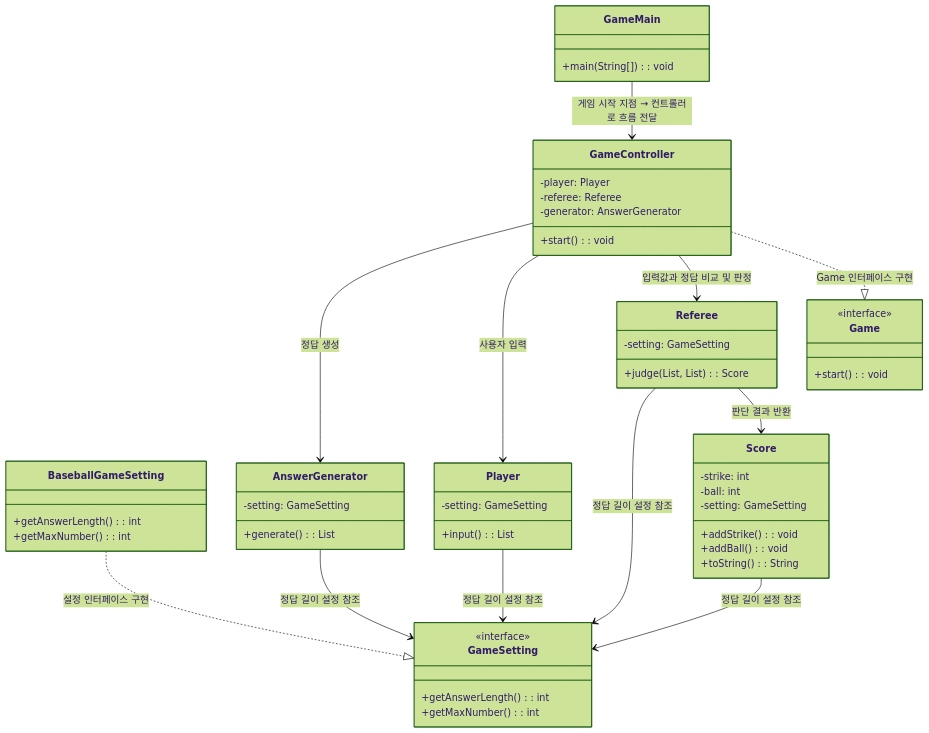
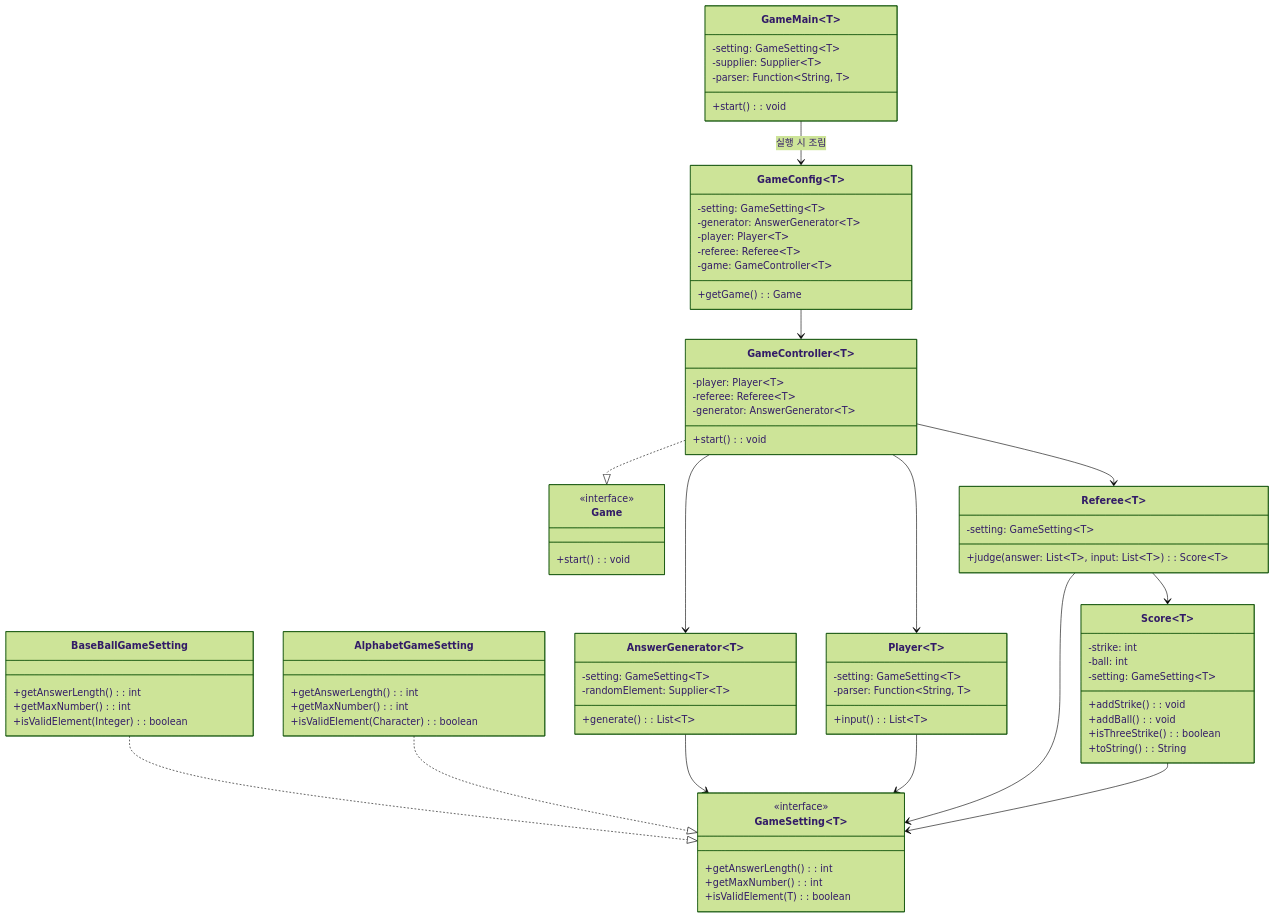
The first of 2 diagrams in README.md (9osari/number_baseball_game), drawn with Mermaid (forest theme) before and after one commit. The commit also changed other lines of this file and 15 other files, not shown here.

````diff
--- a/README.md
+++ b/README.md
@@ -277,50 +271,12 @@
     ```mermaid
     classDiagram
     
-    class GameMain {
-      +main(String[]): void
-    }
-    
-    class GameController {
-      -player: Player
-      -referee: Referee
-      -generator: AnswerGenerator
-      +start(): void
-    }
-    
-    class GameSetting {
+    %% 인터페이스
+    class GameSetting~T~ {
       <<interface>>
       +getAnswerLength(): int
       +getMaxNumber(): int
-    }
-    
-    class BaseballGameSetting {
-      +getAnswerLength(): int
-      +getMaxNumber(): int
-    }
-    
-    class Player {
-      -setting: GameSetting
-      +input(): List<Integer>
-    }
-    
-    class AnswerGenerator {
-      -setting: GameSetting
-      +generate(): List<Integer>
-    }
-    
-    class Referee {
-      -setting: GameSetting
-      +judge(List<Integer>, List<Integer>): Score
-    }
-    
-    class Score {
-      -strike: int
-      -ball: int
-      -setting: GameSetting
-      +addStrike(): void
-      +addBall(): void
-      +toString(): String
+      +isValidElement(T): boolean
     }
     
     class Game {
@@ -328,17 +284,86 @@
       +start(): void
     }
     
-    GameMain --> GameController : 게임 시작 지점 → 컨트롤러로 흐름 전달
-    GameController --> AnswerGenerator : 정답 생성
-    GameController --> Player : 사용자 입력
-    GameController --> Referee : 입력값과 정답 비교 및 판정
-    GameController ..|> Game : Game 인터페이스 구현
+    %% 구현체
+    class BaseBallGameSetting {
+      +getAnswerLength(): int
+      +getMaxNumber(): int
+      +isValidElement(Integer): boolean
+    }
     
-    BaseballGameSetting ..|> GameSetting : 설정 인터페이스 구현
-    Player --> GameSetting : 정답 길이 설정 참조
-    Referee --> GameSetting : 정답 길이 설정 참조
-    AnswerGenerator --> GameSetting : 정답 길이 설정 참조
-    Score --> GameSetting : 정답 길이 설정 참조
-    Referee --> Score : 판단 결과 반환
+    class AlphabetGameSetting {
+      +getAnswerLength(): int
+      +getMaxNumber(): int
+      +isValidElement(Character): boolean
+    }
+    
+    %% 도메인 로직
+    class AnswerGenerator~T~ {
+      -setting: GameSetting~T~
+      -randomElement: Supplier~T~
+      +generate(): List~T~
+    }
+    
+    class Player~T~ {
+      -setting: GameSetting~T~
+      -parser: Function~String, T~
+      +input(): List~T~
+    }
+    
+    class Referee~T~ {
+      -setting: GameSetting~T~
+      +judge(answer: List~T~, input: List~T~): Score~T~
+    }
+    
+    class Score~T~ {
+      -strike: int
+      -ball: int
+      -setting: GameSetting~T~
+      +addStrike(): void
+      +addBall(): void
+      +isThreeStrike(): boolean
+      +toString(): String
+    }
+    
+    %% 실행 흐름
+    class GameController~T~ {
+      -player: Player~T~
+      -referee: Referee~T~
+      -generator: AnswerGenerator~T~
+      +start(): void
+    }
+    
+    class GameConfig~T~ {
+      -setting: GameSetting~T~
+      -generator: AnswerGenerator~T~
+      -player: Player~T~
+      -referee: Referee~T~
+      -game: GameController~T~
+      +getGame(): Game
+    }
+    
+    class GameMain~T~ {
+      -setting: GameSetting~T~
+      -supplier: Supplier~T~
+      -parser: Function~String, T~
+      +start(): void
+    }
+    
+    %% 관계 (타입 표기 없이 안정적으로 연결)
+    GameMain --> GameConfig : 실행 시 조립
+    GameConfig --> GameController
+    GameController --> Player
+    GameController --> Referee
+    GameController --> AnswerGenerator
+    GameController ..|> Game
+    
+    BaseBallGameSetting ..|> GameSetting
+    AlphabetGameSetting ..|> GameSetting
+    
+    AnswerGenerator --> GameSetting
+    Player --> GameSetting
+    Referee --> GameSetting
+    Score --> GameSetting
+    Referee --> Score
     
     ```
````
